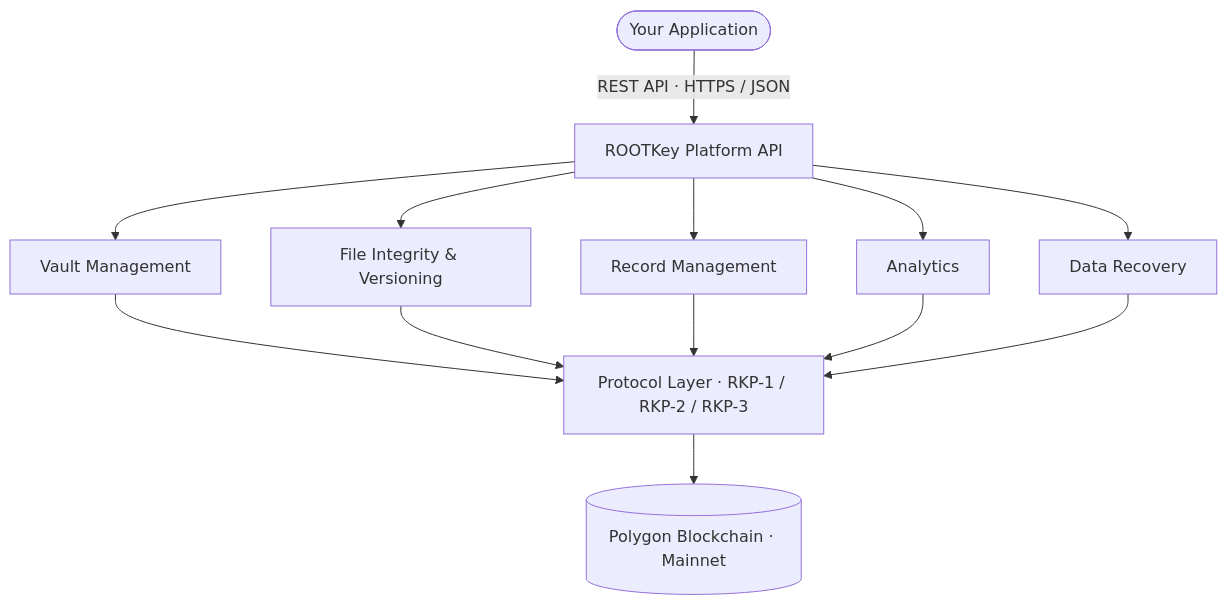
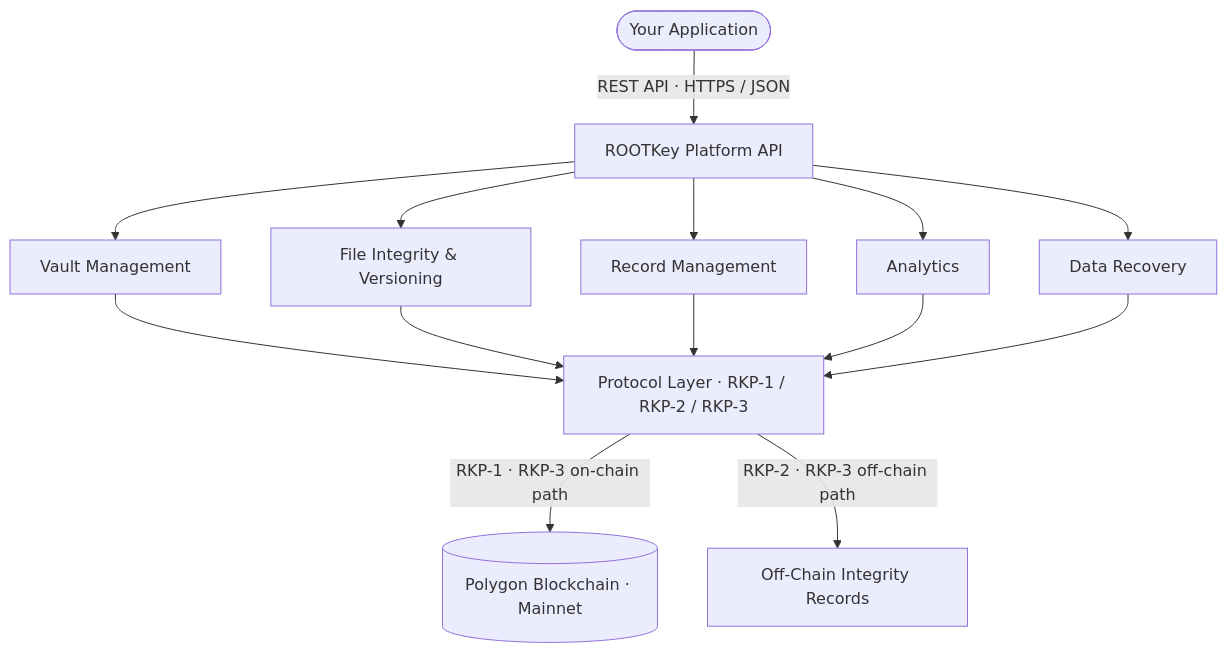
Before and after one commit to ROOT-Key/docs: the diagram in api-reference/overview.mdx, drawn with Mermaid. The commit also changed other lines of this file and 27 other files, not shown here.

````diff
--- a/api-reference/overview.mdx
+++ b/api-reference/overview.mdx
@@ -14,11 +14,12 @@
 ```mermaid
 flowchart TD
     App([Your Application]) -->|REST API · HTTPS / JSON| API[ROOTKey Platform API]
     API --> VM[Vault Management]
     API --> FI[File Integrity & Versioning]
     API --> RM[Record Management]
     API --> AN[Analytics]
     API --> DR[Data Recovery]
     VM & FI & RM & AN & DR --> PL[Protocol Layer · RKP-1 / RKP-2 / RKP-3]
-    PL --> BC[(Polygon Blockchain · Mainnet)]
+    PL -->|RKP-1 · RKP-3 on-chain path| BC[(Polygon Blockchain · Mainnet)]
+    PL -->|RKP-2 · RKP-3 off-chain path| OC[Off-Chain Integrity Records]
 ```
````
